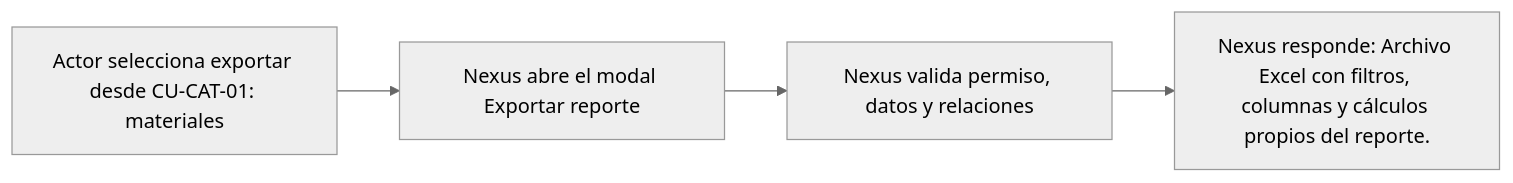
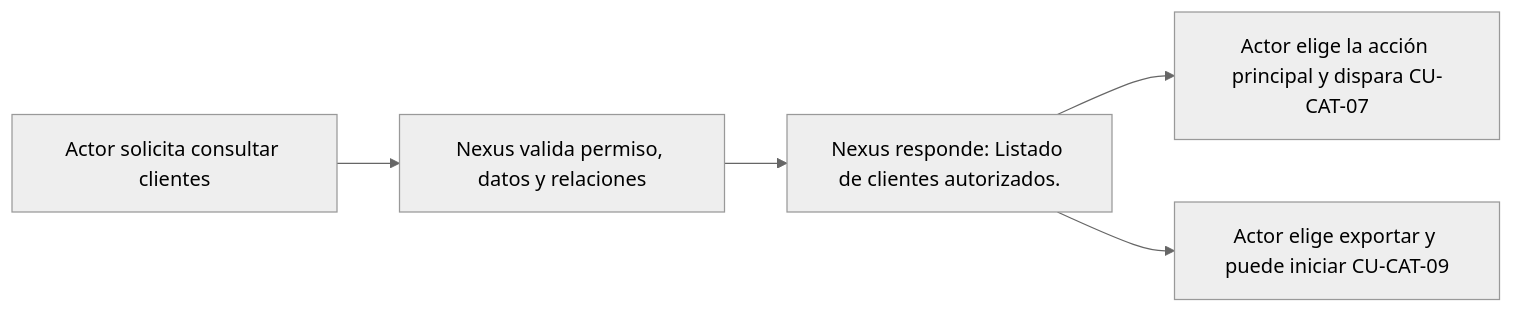
One commit to gpgsistemas01/nexus changed the diagram in docs/requirements/diagrams/catalogs/cu-cat-06.md. Above: the diagram before and after it, drawn with Mermaid (neutral theme). The commit also changed other lines of this file and 287 other files, not shown here.

````diff
--- a/docs/requirements/diagrams/catalogs/cu-cat-06.md
+++ b/docs/requirements/diagrams/catalogs/cu-cat-06.md
@@ -3,6 +3,7 @@
 ```mermaid
 flowchart LR
-    request["Actor selecciona exportar desde CU-CAT-01: materiales"] --> modal["Nexus abre el modal Exportar reporte"]
-    modal --> validate["Nexus valida permiso, datos y relaciones"]
-    validate --> result["Nexus responde: Archivo Excel con filtros, columnas y cálculos propios del reporte."]
+    request["Actor solicita consultar clientes"] --> validate["Nexus valida permiso, datos y relaciones"]
+    validate --> result["Nexus responde: Listado de clientes autorizados."]
+    result --> primary["Actor elige la acción principal y dispara CU-CAT-07"]
+    result --> report["Actor elige exportar y puede iniciar CU-CAT-09"]
 ```
````
